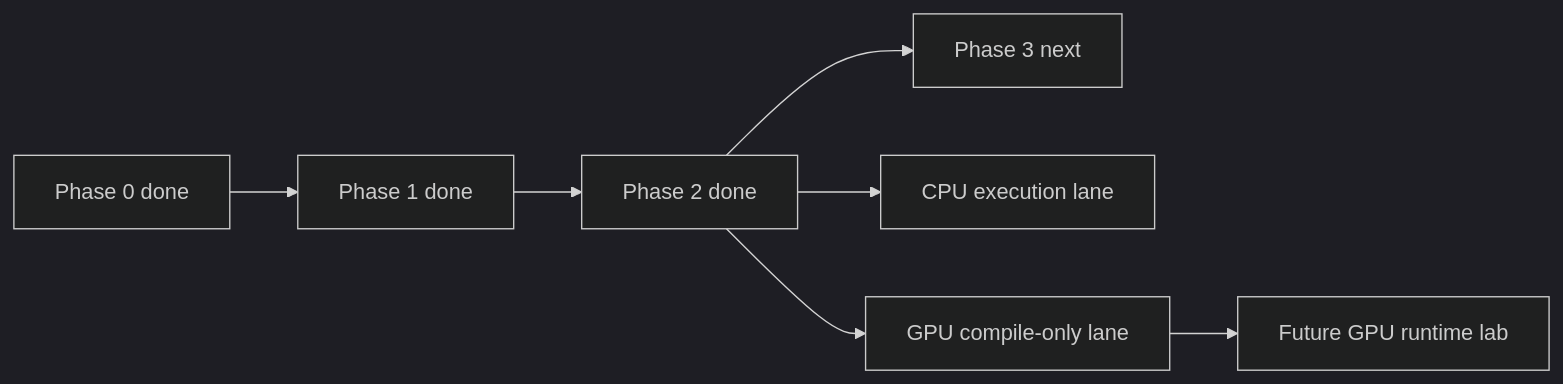
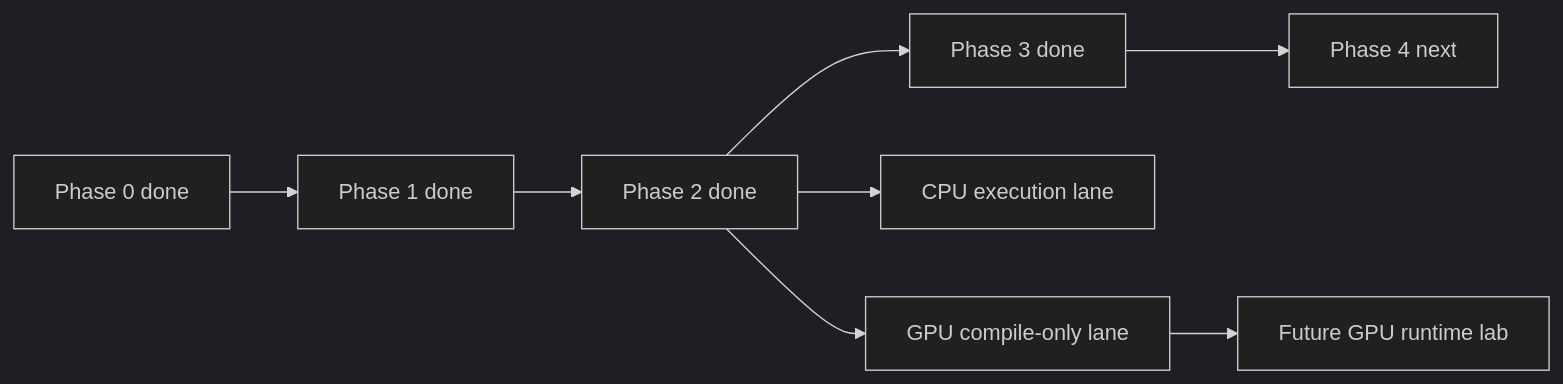
The diagram in murali_docs/Plan_max_internals_learning.md (Murali806/modular), drawn with Mermaid (dark theme) before and after one commit. The commit also changed other lines of this file and 4 other files, not shown here.

````diff
--- a/murali_docs/Plan_max_internals_learning.md
+++ b/murali_docs/Plan_max_internals_learning.md
@@ -51,8 +52,8 @@
 ```mermaid
 flowchart LR
     P0[Phase 0 done] --> P1[Phase 1 done] --> P2[Phase 2 done]
-    P2 --> P3[Phase 3 next]
+    P2 --> P3[Phase 3 done] --> P4[Phase 4 next]
     P2 --> CPU[CPU execution lane]
     P2 --> VC[GPU compile-only lane]
     VC --> GL[Future GPU runtime lab]
 ```
````
